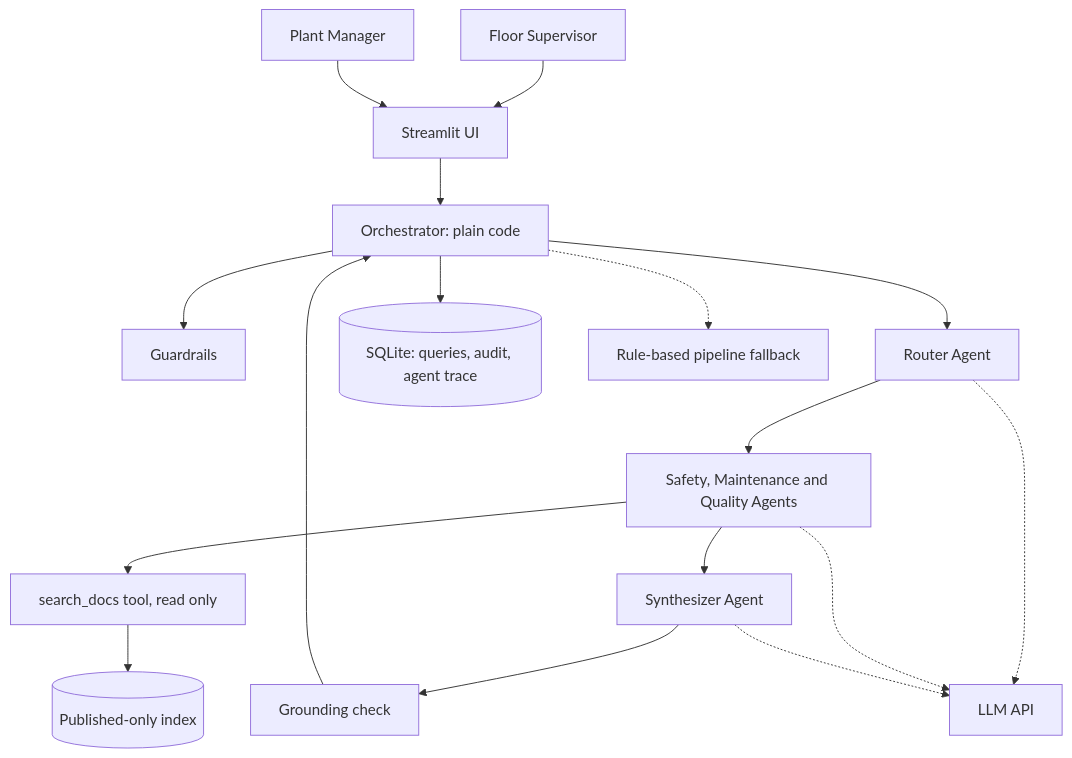
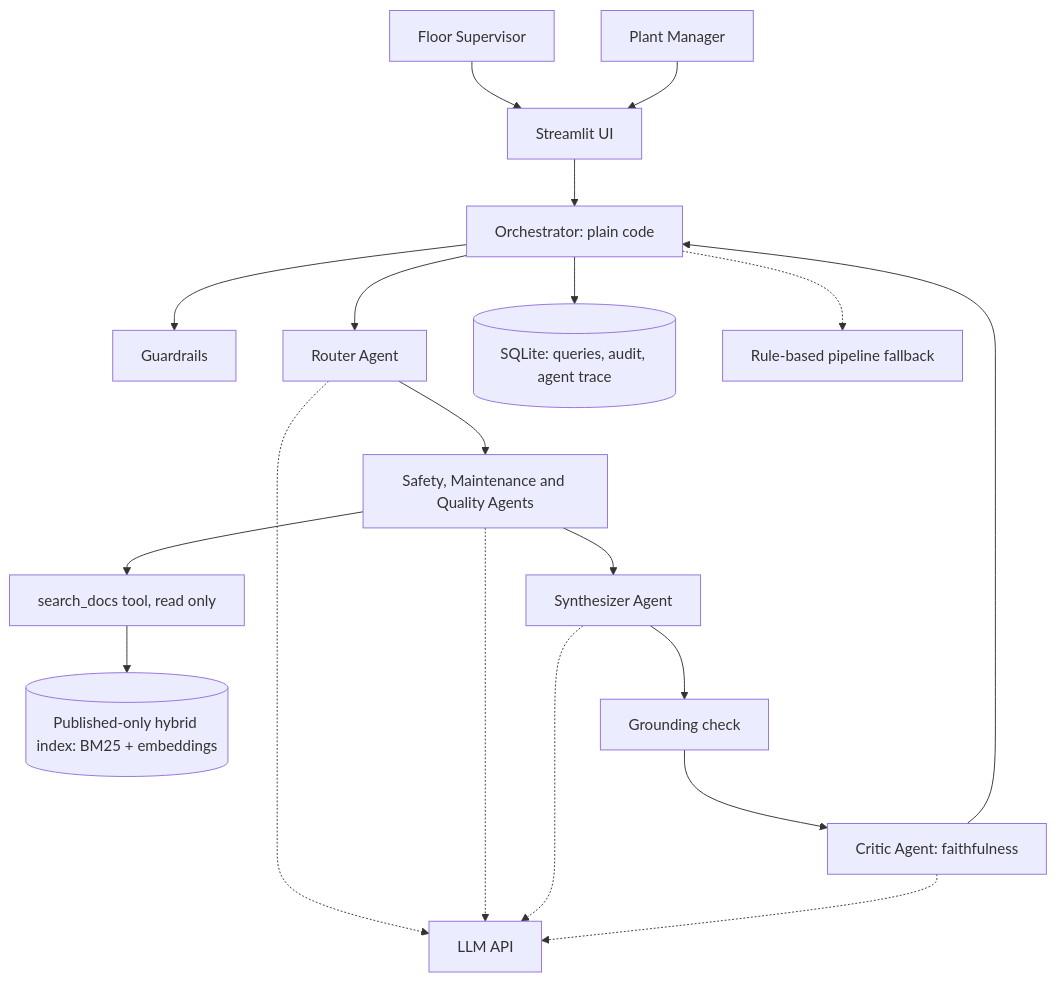
The first of 3 diagrams in docs/architecture.md (hemach-git/FAST), drawn with Mermaid before and after one commit. The commit also changed other lines of this file and 14 other files, not shown here.

First line of the commit message:
Docs: critic, hybrid retrieval, CI gate and the 67-case live run; fresh rule-based results

````diff
--- a/docs/architecture.md
+++ b/docs/architecture.md
@@ -9,20 +9,22 @@
 ```mermaid
 %% name: architecture
 flowchart TD
   S[Floor Supervisor] --> UI[Streamlit UI]
   M[Plant Manager] --> UI
   UI --> ORC[Orchestrator: plain code]
   ORC --> GR[Guardrails]
   ORC --> RA[Router Agent]
   RA --> SP[Safety, Maintenance and Quality Agents]
   SP --> TL[search_docs tool, read only]
-  TL --> IDX[(Published-only index)]
+  TL --> IDX[(Published-only hybrid index: BM25 + embeddings)]
   SP --> SY[Synthesizer Agent]
   SY --> GC[Grounding check]
-  GC --> ORC
+  GC --> CR[Critic Agent: faithfulness]
+  CR --> ORC
   RA -.-> LLM[LLM API]
   SP -.-> LLM
   SY -.-> LLM
+  CR -.-> LLM
   ORC --> DB[(SQLite: queries, audit, agent trace)]
   ORC -.-> FB[Rule-based pipeline fallback]
 ```
````
